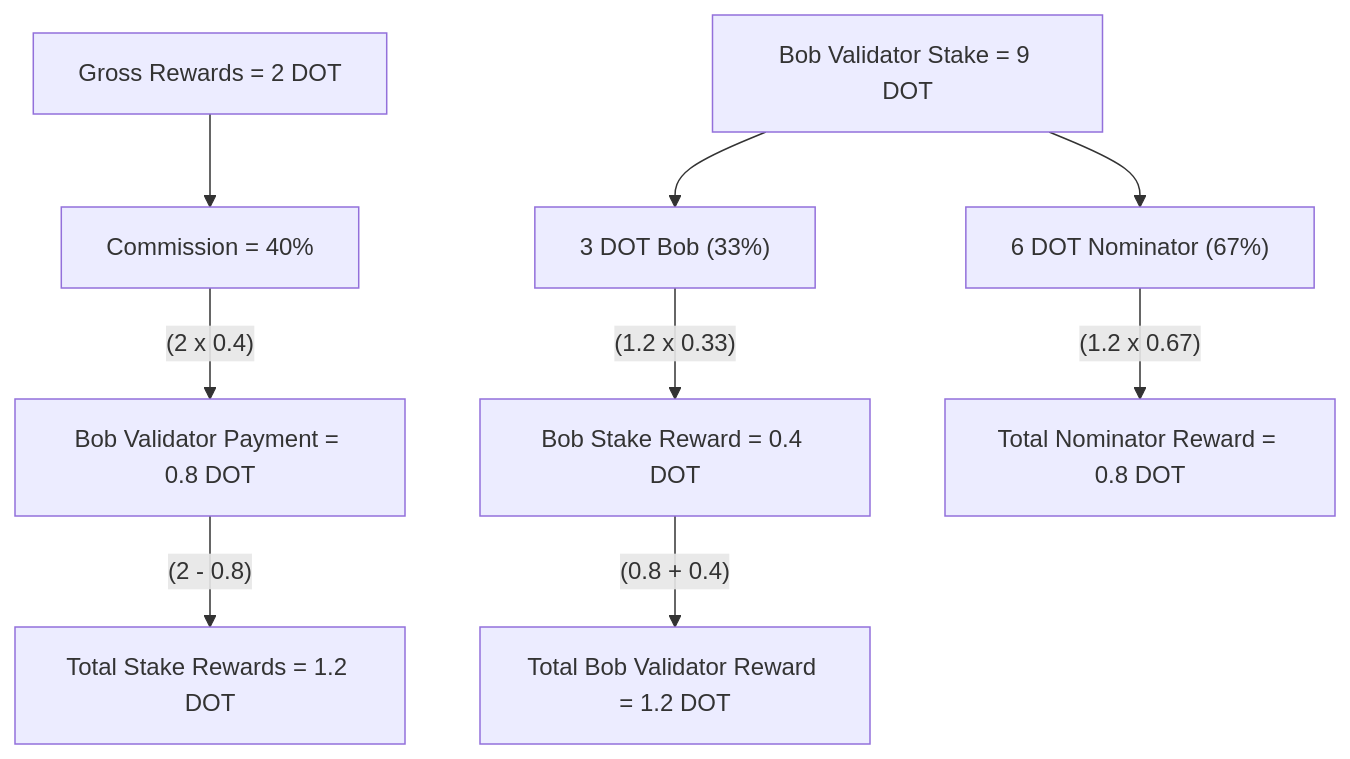
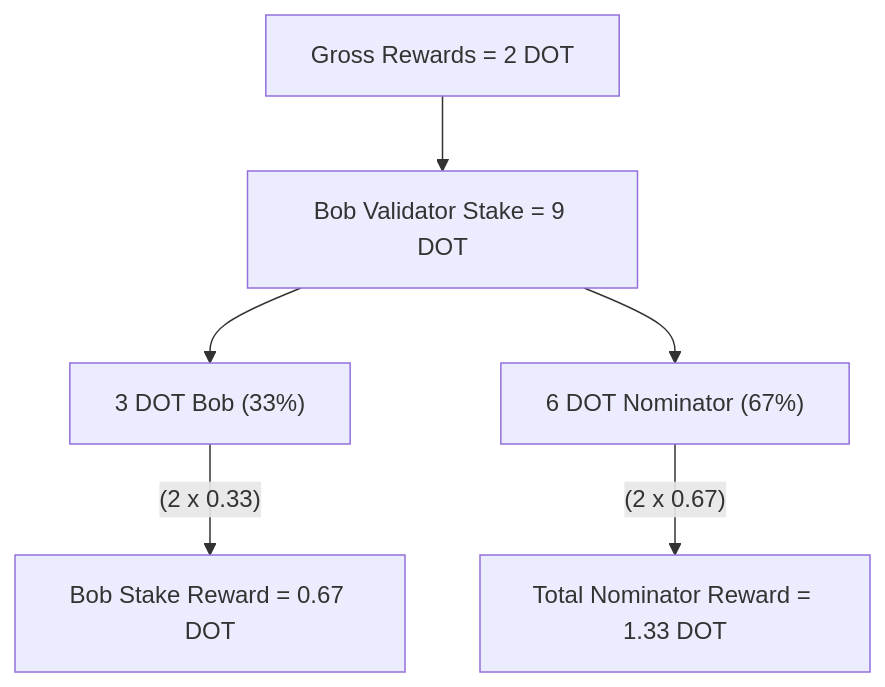
Before and after one commit to polkadot-developers/polkadot-docs: the sixth of 6 diagrams in docs/node-infrastructure/run-a-validator/staking-mechanics/rewards.md, drawn with Mermaid. The commit also changed other lines of this file and 2 other files, not shown here.

Commit message:
docs: update rewards payout to match referenda 1909

````diff
--- a/docs/node-infrastructure/run-a-validator/staking-mechanics/rewards.md
+++ b/docs/node-infrastructure/run-a-validator/staking-mechanics/rewards.md
@@ -182,23 +198,16 @@
 ``` mermaid
 
 flowchart TD
     A["Gross Rewards = 2 DOT"]
-    E["Commission = 40%"]
-    F["Bob Validator Payment = 0.8 DOT"]
-    G["Total Stake Rewards = 1.2 DOT"]
     B["Bob Validator Stake = 9 DOT"]
     C["3 DOT Bob (33%)"]
-    H["Bob Stake Reward = 0.4 DOT"]
-    I["Total Bob Validator Reward = 1.2 DOT"]
     D["6 DOT Nominator (67%)"]
-    J["Total Nominator Reward = 0.8 DOT"]
-    
-    A --> E
-    E --(2 x 0.4)--> F
-    F --(2 - 0.8)--> G
+    H["Bob Stake Reward = 0.67 DOT"]
+    J["Total Nominator Reward = 1.33 DOT"]
+
+    A --> B
     B --> C
     B --> D
-    C --(1.2 x 0.33)--> H
-    H --(0.8 + 0.4)--> I
-    D --(1.2 x 0.67)--> J
+    C --(2 x 0.33)--> H
+    D --(2 x 0.67)--> J
 ```
````
